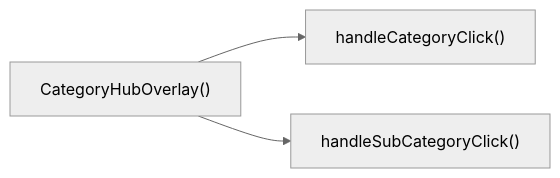
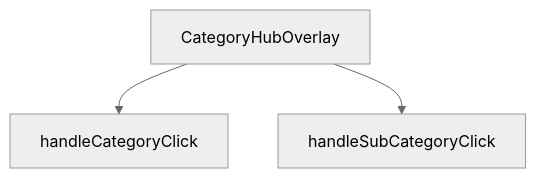
The diagram in src/components/navigation/CategoryHubOverlay.md (peckop/venthub-hvac-esite), drawn with Mermaid (neutral theme) before and after one commit. The commit also changed other lines of this file and 488 other files, not shown here.

````diff
--- a/src/components/navigation/CategoryHubOverlay.md
+++ b/src/components/navigation/CategoryHubOverlay.md
@@ -170,5 +224,8 @@
 ```mermaid
-graph LR
-    CategoryHubOverlay["CategoryHubOverlay()"] --> handleCategoryClick["handleCategoryClick()"]
-    CategoryHubOverlay["CategoryHubOverlay()"] --> handleSubCategoryClick["handleSubCategoryClick()"]
+graph TD
+    CategoryHubOverlay_tsx__CategoryHubOverlay["CategoryHubOverlay"]
+    CategoryHubOverlay_tsx__handleCategoryClick["handleCategoryClick"]
+    CategoryHubOverlay_tsx__handleSubCategoryClick["handleSubCategoryClick"]
+    CategoryHubOverlay_tsx__CategoryHubOverlay --> CategoryHubOverlay_tsx__handleCategoryClick
+    CategoryHubOverlay_tsx__CategoryHubOverlay --> CategoryHubOverlay_tsx__handleSubCategoryClick
 ```
````
